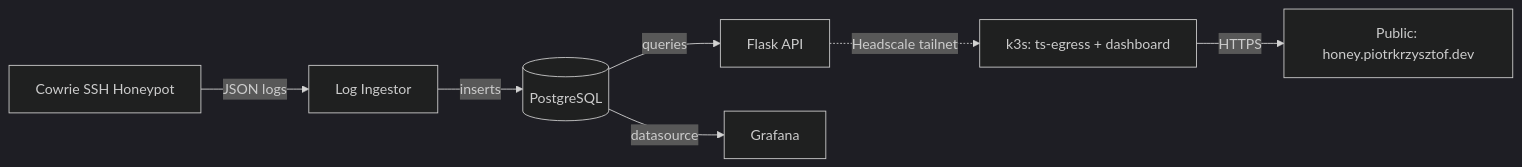
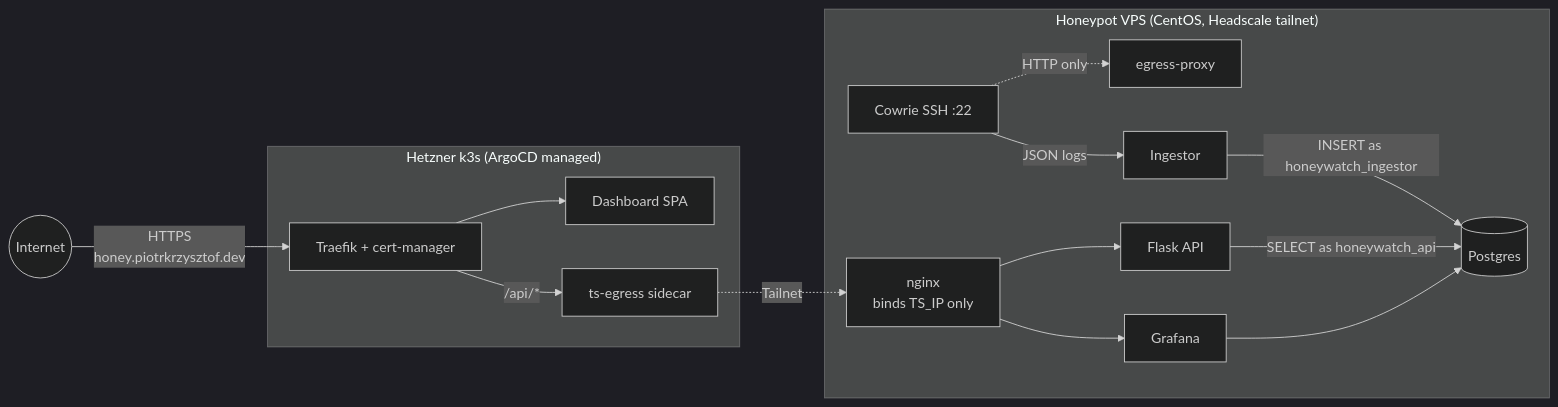
Before and after one commit to straightchlorine/honeywatch: the diagram in README.md, drawn with Mermaid (dark theme). The commit also changed other lines of this file and 37 other files, not shown here.

````diff
--- a/README.md
+++ b/README.md
@@ -12,9 +12,20 @@
 ```mermaid
 graph LR
-    A[Cowrie SSH Honeypot] -->|JSON logs| B[Log Ingestor]
-    B -->|inserts| C[(PostgreSQL)]
-    C -->|queries| D[Flask API]
-    D -.->|Headscale tailnet| E[k3s: ts-egress + dashboard]
-    E -->|HTTPS| F[Public: honey.piotrkrzysztof.dev]
-    C -->|datasource| G[Grafana]
+    subgraph honeypot["Honeypot VPS (CentOS, Headscale tailnet)"]
+        Cowrie[Cowrie SSH :22] -.->|HTTP only| Egress[egress-proxy]
+        Cowrie -->|JSON logs| Ingestor
+        Ingestor -->|INSERT as honeywatch_ingestor| PG[(Postgres)]
+        API[Flask API] -->|SELECT as honeywatch_api| PG
+        Grafana --> PG
+        Nginx[nginx<br/>binds TS_IP only] --> API
+        Nginx --> Grafana
+    end
+
+    subgraph k3s["Hetzner k3s (ArgoCD managed)"]
+        Traefik[Traefik + cert-manager] --> Dashboard[Dashboard SPA]
+        Traefik -->|/api/*| TSE[ts-egress sidecar]
+    end
+
+    Net((Internet)) -->|HTTPS<br/>honey.piotrkrzysztof.dev| Traefik
+    TSE -.->|Tailnet| Nginx
 ```
````
